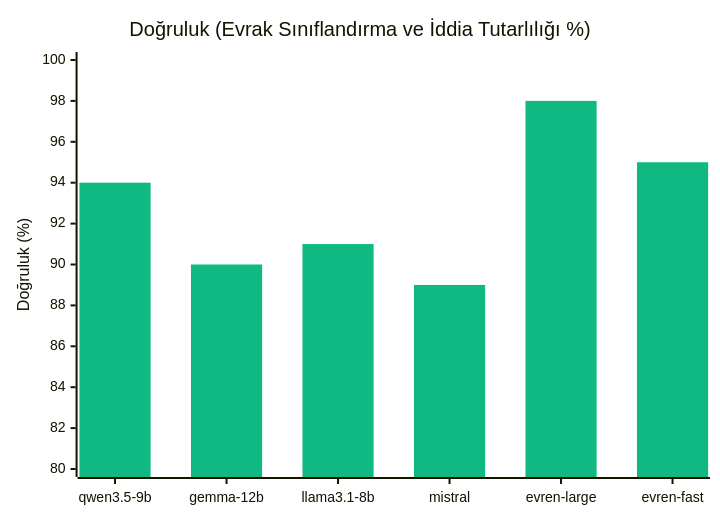
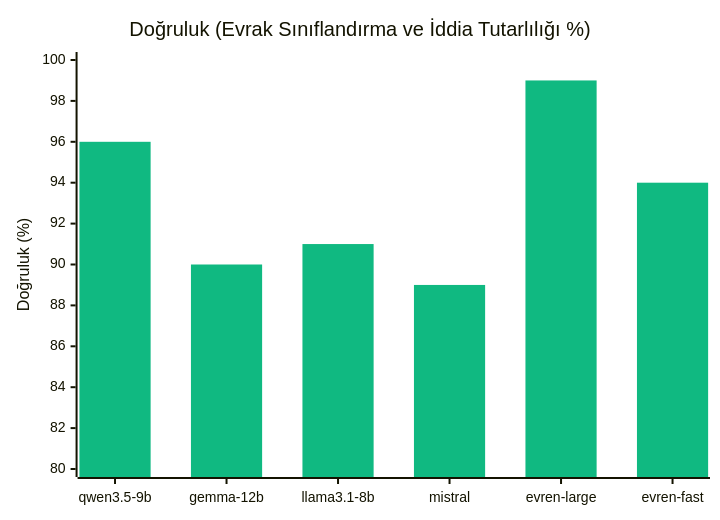
Before and after one commit to chyp3r/KACHOW-Teknofest-2026: diagram 12 of 16 in README.md, drawn with Mermaid. The commit also changed other lines of this file, not shown here.

````diff
--- a/README.md
+++ b/README.md
@@ -629,8 +619,8 @@
 ```mermaid
 %%{init: { 'theme': 'base', 'themeVariables': { 'xyChart': {'plotColorPalette': '#10b981'} } } }%%
 xychart-beta
     title "Doğruluk (Evrak Sınıflandırma ve İddia Tutarlılığı %)"
     x-axis ["qwen3.5-9b", "gemma-12b", "llama3.1-8b", "mistral", "evren-large", "evren-fast"]
     y-axis "Doğruluk (%)" 80 --> 100
-    bar [94, 90, 91, 89, 98, 95]
+    bar [96, 90, 91, 89, 99, 94]
 ```
````
